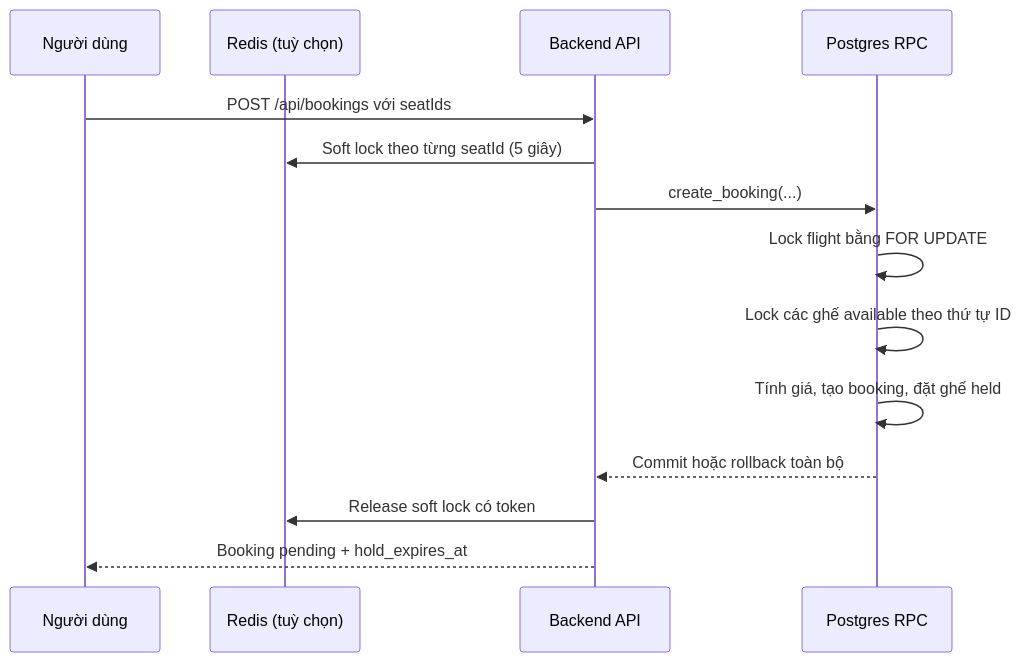
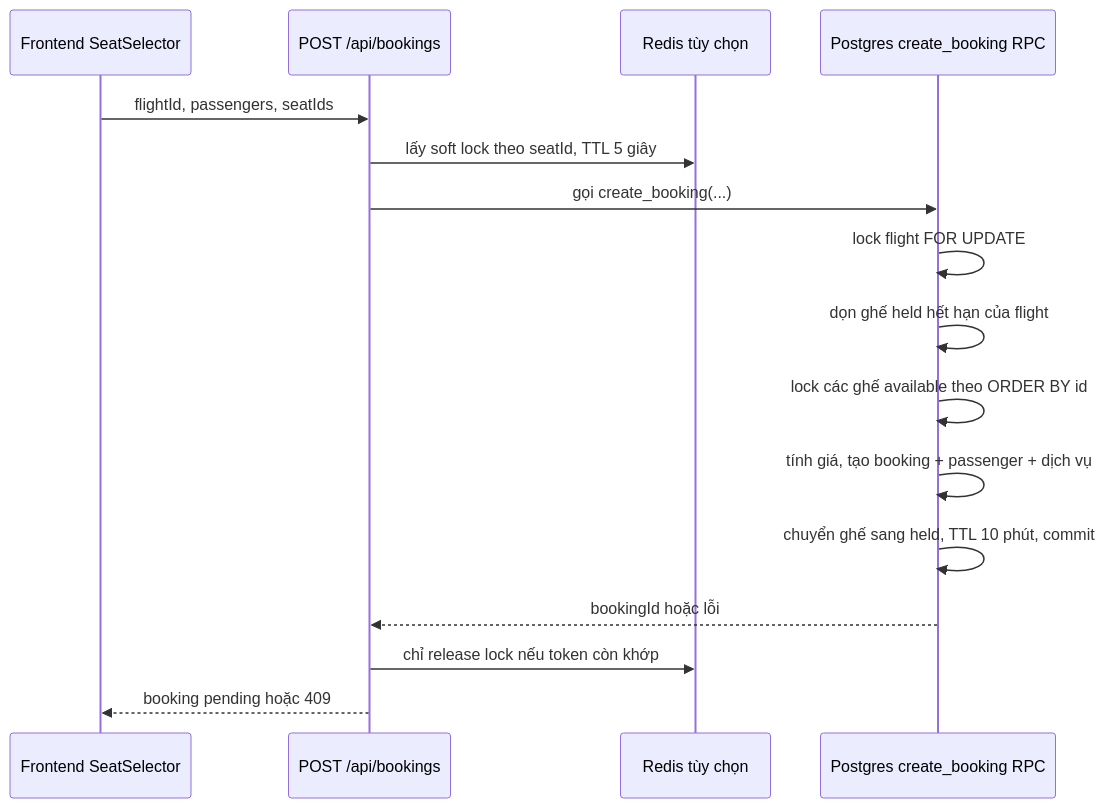
Before and after one commit to AhDuxng/flight-booking-app: the first of 2 diagrams in backend/CLASSIC_PROBLEMS_README.md, drawn with Mermaid. The commit also changed other lines of this file and 1 other file, not shown here.

Commit message:
Fix migration file paths in backend README.md

````diff
--- a/backend/CLASSIC_PROBLEMS_README.md
+++ b/backend/CLASSIC_PROBLEMS_README.md
@@ -33,17 +51,19 @@
 ```mermaid
 sequenceDiagram
-  participant U as Người dùng
-  participant R as Redis (tuỳ chọn)
-  participant A as Backend API
-  participant D as Postgres RPC
+  participant F as Frontend SeatSelector
+  participant A as POST /api/bookings
+  participant R as Redis tùy chọn
+  participant P as Postgres create_booking RPC
 
-  U->>A: POST /api/bookings với seatIds
-  A->>R: Soft lock theo từng seatId (5 giây)
-  A->>D: create_booking(...)
-  D->>D: Lock flight bằng FOR UPDATE
-  D->>D: Lock các ghế available theo thứ tự ID
-  D->>D: Tính giá, tạo booking, đặt ghế held
-  D-->>A: Commit hoặc rollback toàn bộ
-  A->>R: Release soft lock có token
-  A-->>U: Booking pending + hold_expires_at
+  F->>A: flightId, passengers, seatIds
+  A->>R: lấy soft lock theo seatId, TTL 5 giây
+  A->>P: gọi create_booking(...)
+  P->>P: lock flight FOR UPDATE
+  P->>P: dọn ghế held hết hạn của flight
+  P->>P: lock các ghế available theo ORDER BY id
+  P->>P: tính giá, tạo booking + passenger + dịch vụ
+  P->>P: chuyển ghế sang held, TTL 10 phút, commit
+  P-->>A: bookingId hoặc lỗi
+  A->>R: chỉ release lock nếu token còn khớp
+  A-->>F: booking pending hoặc 409
 ```
````
